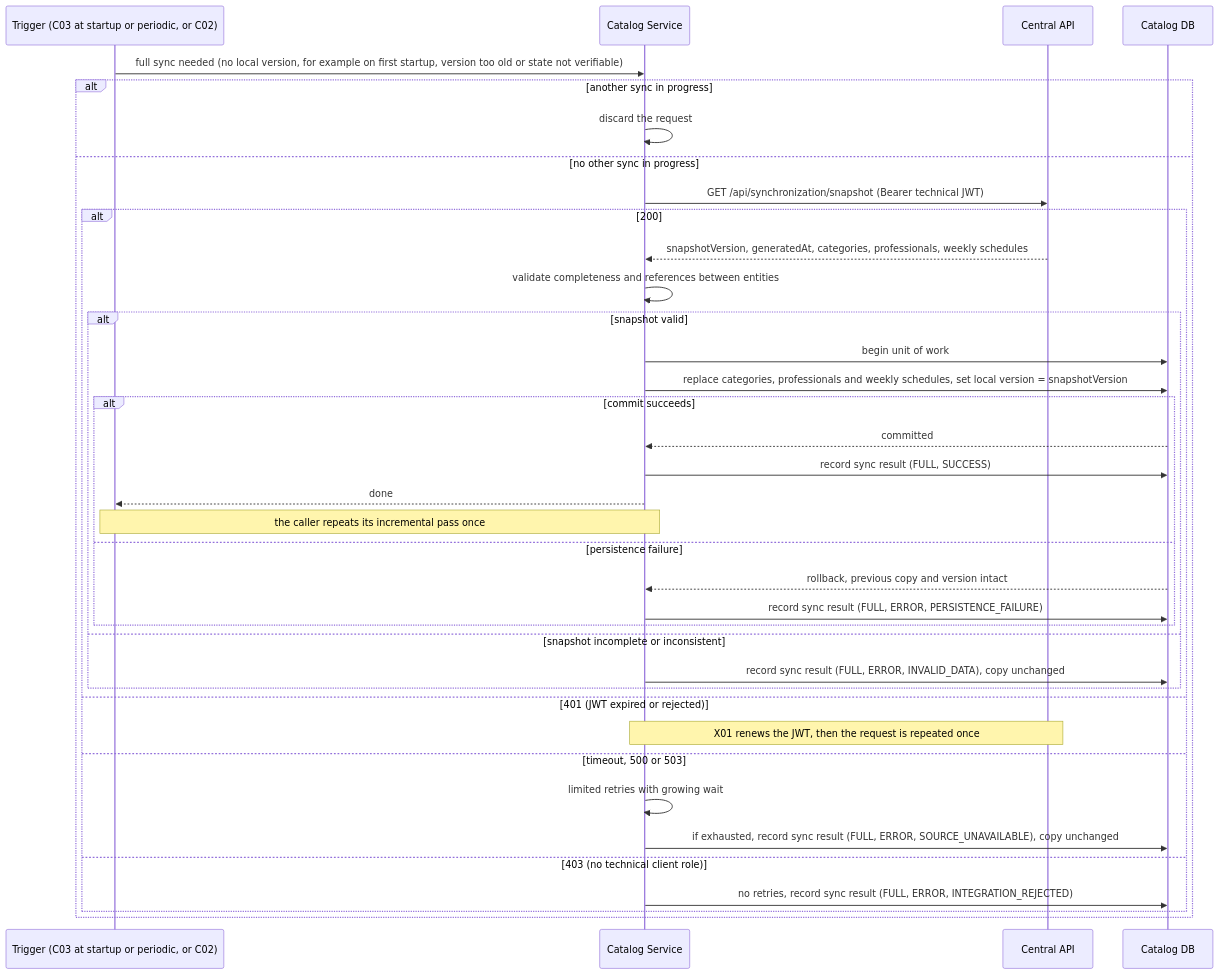
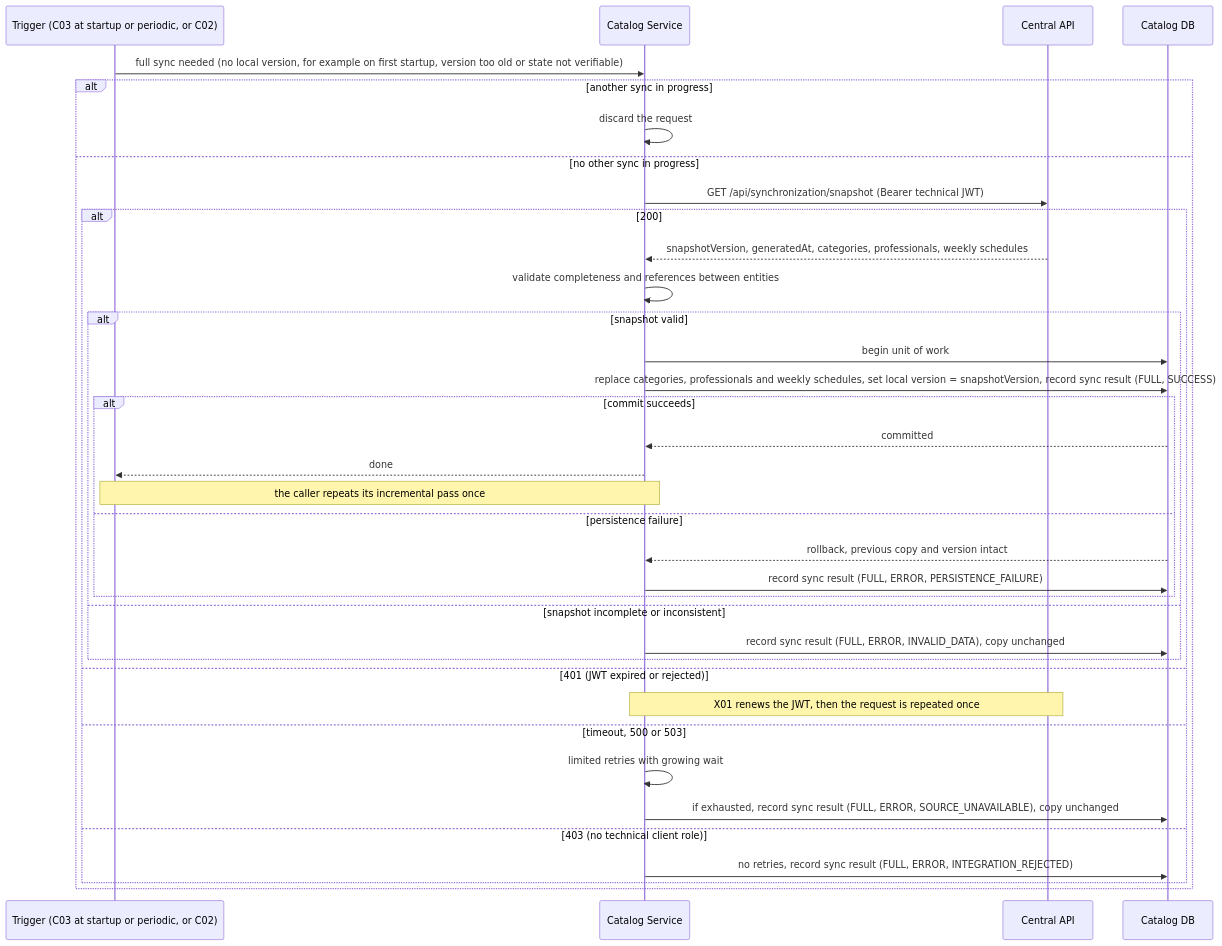
Before and after one commit to Programacion2-IgnacioMilutin-2026/catalogo_service: the first of 3 diagrams in docs/secuencias/catalogo_y_sincronizacion_secuencia.md, drawn with Mermaid. The commit also changed 6 other files, not shown here.

````diff
--- a/docs/secuencias/catalogo_y_sincronizacion_secuencia.md
+++ b/docs/secuencias/catalogo_y_sincronizacion_secuencia.md
@@ -7,40 +7,39 @@
 ```mermaid
 sequenceDiagram
     participant T as Trigger (C03 at startup or periodic, or C02)
     participant CS as Catalog Service
     participant API as Central API
     participant DB as Catalog DB
 
     T->>CS: full sync needed (no local version, for example on first startup, version too old or state not verifiable)
     alt another sync in progress
         CS->>CS: discard the request
     else no other sync in progress
         CS->>API: GET /api/synchronization/snapshot (Bearer technical JWT)
         alt 200
             API-->>CS: snapshotVersion, generatedAt, categories, professionals, weekly schedules
             CS->>CS: validate completeness and references between entities
             alt snapshot valid
                 CS->>DB: begin unit of work
-                CS->>DB: replace categories, professionals and weekly schedules, set local version = snapshotVersion
+                CS->>DB: replace categories, professionals and weekly schedules, set local version = snapshotVersion, record sync result (FULL, SUCCESS)
                 alt commit succeeds
                     DB-->>CS: committed
-                    CS->>DB: record sync result (FULL, SUCCESS)
                     CS-->>T: done
                     Note over T,CS: the caller repeats its incremental pass once
                 else persistence failure
                     DB-->>CS: rollback, previous copy and version intact
                     CS->>DB: record sync result (FULL, ERROR, PERSISTENCE_FAILURE)
                 end
             else snapshot incomplete or inconsistent
                 CS->>DB: record sync result (FULL, ERROR, INVALID_DATA), copy unchanged
             end
         else 401 (JWT expired or rejected)
             Note over CS,API: X01 renews the JWT, then the request is repeated once
         else timeout, 500 or 503
             CS->>CS: limited retries with growing wait
             CS->>DB: if exhausted, record sync result (FULL, ERROR, SOURCE_UNAVAILABLE), copy unchanged
         else 403 (no technical client role)
             CS->>DB: no retries, record sync result (FULL, ERROR, INTEGRATION_REJECTED)
         end
     end
 ```
````
